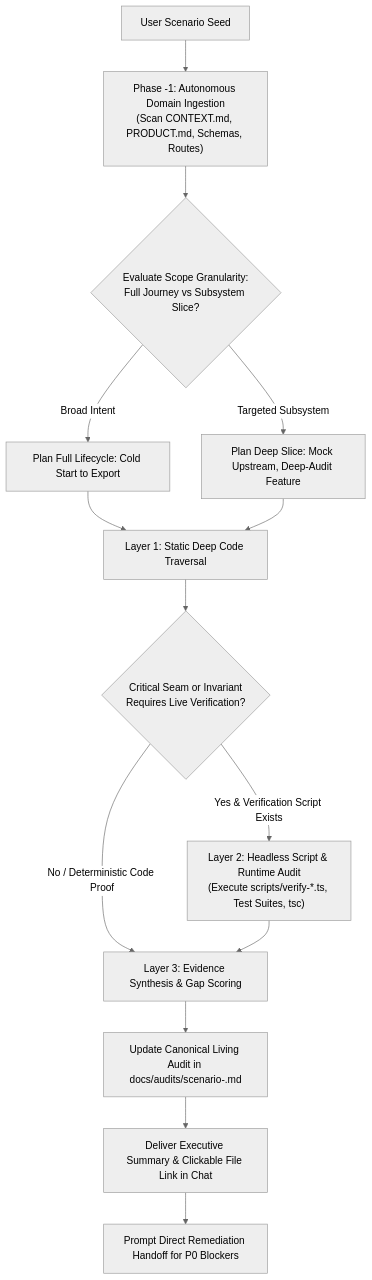
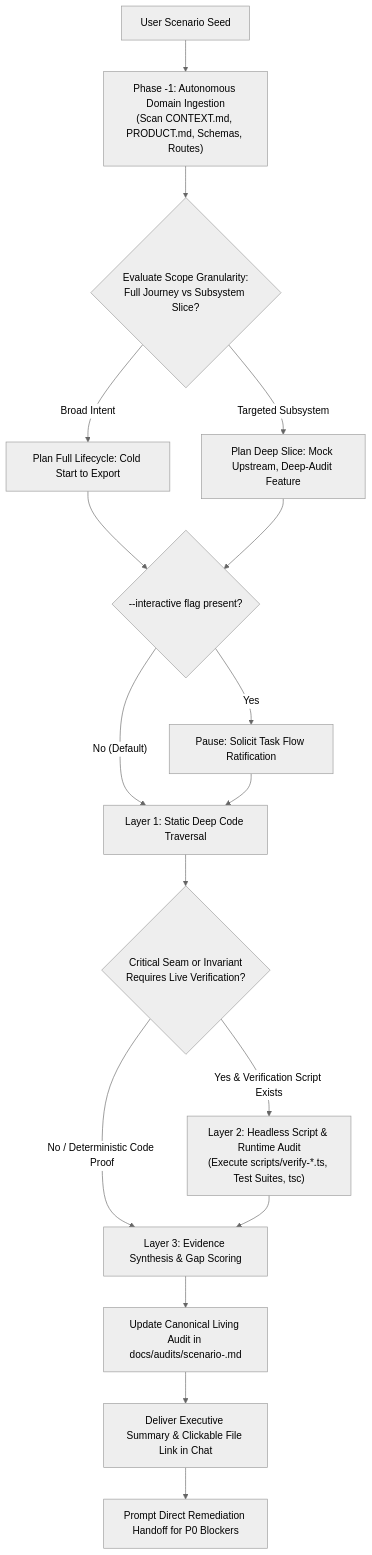
The diagram in SKILL.md (Delizade-Antigravity-Skills/scenario-probe), drawn with Mermaid (neutral theme) before and after one commit. The commit also changed other lines of this file, not shown here.

Commit message:
feat: add flag-controlled execution (--interactive / -i vs default one-shot)

````diff
--- a/SKILL.md
+++ b/SKILL.md
@@ -69,16 +75,19 @@
 ```mermaid
 flowchart TD
     Scenario["User Scenario Seed"] --> Ingestion["Phase -1: Autonomous Domain Ingestion<br/>(Scan CONTEXT.md, PRODUCT.md, Schemas, Routes)"]
     Ingestion --> ScopeEval{"Evaluate Scope Granularity:<br/>Full Journey vs Subsystem Slice?"}
     ScopeEval -- "Broad Intent" --> FullFlow["Plan Full Lifecycle: Cold Start to Export"]
     ScopeEval -- "Targeted Subsystem" --> SliceFlow["Plan Deep Slice: Mock Upstream, Deep-Audit Feature"]
-    FullFlow --> Layer1["Layer 1: Static Deep Code Traversal"]
-    SliceFlow --> Layer1
+    FullFlow --> InteractiveCheck{"--interactive flag present?"}
+    SliceFlow --> InteractiveCheck
+    InteractiveCheck -- "Yes" --> Pause["Pause: Solicit Task Flow Ratification"]
+    InteractiveCheck -- "No (Default)" --> Layer1["Layer 1: Static Deep Code Traversal"]
+    Pause --> Layer1
     Layer1 --> SeamCheck{"Critical Seam or Invariant<br/>Requires Live Verification?"}
     SeamCheck -- "Yes & Verification Script Exists" --> Layer2["Layer 2: Headless Script & Runtime Audit<br/>(Execute scripts/verify-*.ts, Test Suites, tsc)"]
     SeamCheck -- "No / Deterministic Code Proof" --> Synthesize["Layer 3: Evidence Synthesis & Gap Scoring"]
     Layer2 --> Synthesize
     Synthesize --> InRepoDoc["Update Canonical Living Audit in docs/audits/scenario-<slug>.md"]
     InRepoDoc --> ChatSummary["Deliver Executive Summary & Clickable File Link in Chat"]
     ChatSummary --> RemediationPrompt["Prompt Direct Remediation Handoff for P0 Blockers"]
 ```
````
